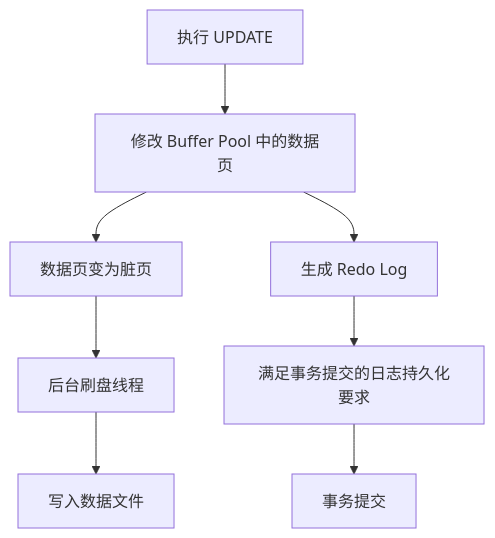
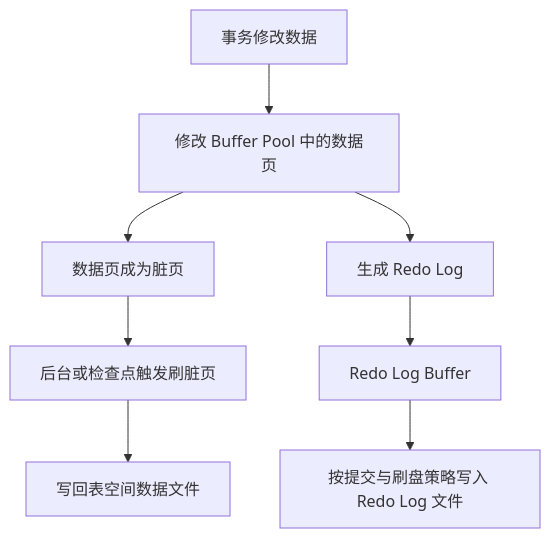
Before and after one commit to Samoy/samoy.github.io: the fourth of 5 diagrams in src/content/posts/2026-11-05-MySQL缓存机制详解.md, drawn with Mermaid. The commit also changed other lines of this file and 5 other files, not shown here.

First line of the commit message:
修改文章: 合并 MySQL 缓存两篇文章，ASCII 图替换为 SVG 插图

````diff
--- a/src/content/posts/2026-11-05-MySQL缓存机制详解.md
+++ b/src/content/posts/2026-11-05-MySQL缓存机制详解.md
@@ -248,10 +291,10 @@
 ```mermaid
 flowchart TD
-    A[执行 UPDATE] --> B[修改 Buffer Pool 中的数据页]
-    B --> C[数据页变为脏页]
+    A[事务修改数据] --> B[修改 Buffer Pool 中的数据页]
+    B --> C[数据页成为脏页]
     B --> D[生成 Redo Log]
-    D --> E[满足事务提交的日志持久化要求]
-    E --> F[事务提交]
-    C --> G[后台刷盘线程]
-    G --> H[写入数据文件]
+    D --> E[Redo Log Buffer]
+    E --> F[按提交与刷盘策略写入 Redo Log 文件]
+    C --> G[后台或检查点触发刷脏页]
+    G --> H[写回表空间数据文件]
 ```
````
